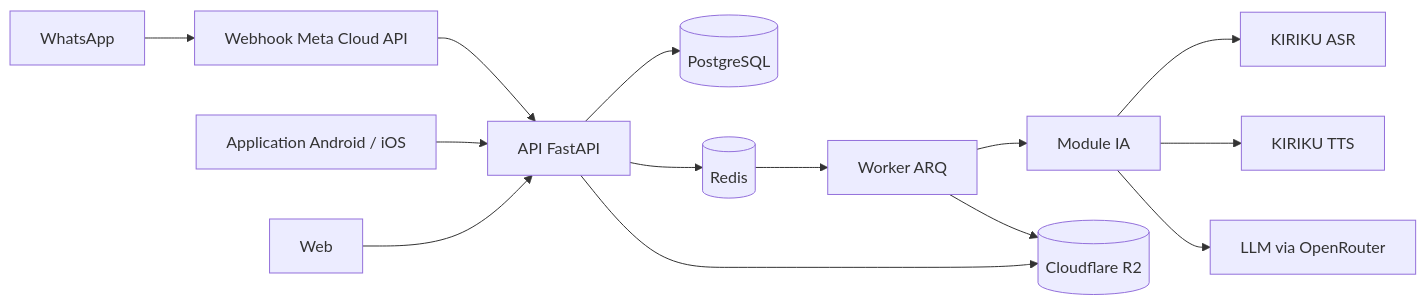
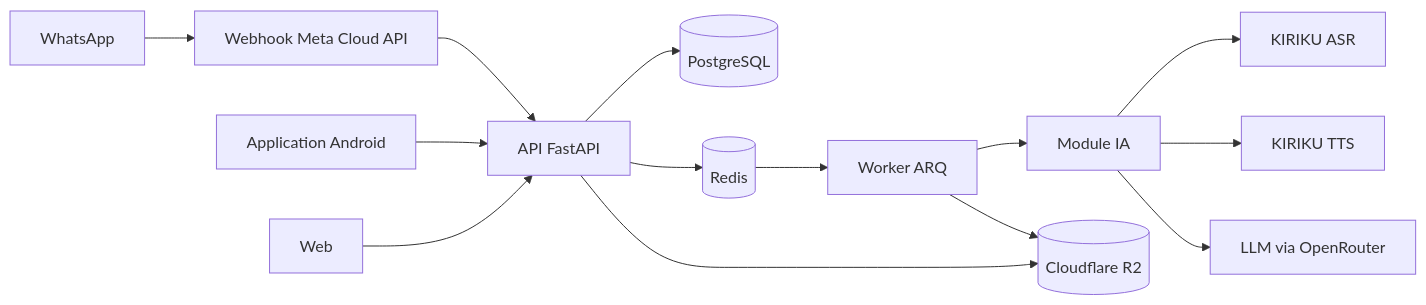
One commit to bachMo/new_leeral changed the diagram in README.md. Above: the diagram before and after it, drawn with Mermaid. The commit also changed other lines of this file and 5 other files, not shown here.

````diff
--- a/README.md
+++ b/README.md
@@ -43,16 +46,16 @@
 ```mermaid
 flowchart LR
     U1[WhatsApp] --> W[Webhook Meta Cloud API]
-    U2[Application Android / iOS] --> A
+    U2[Application Android] --> A
     U3[Web] --> A
     W --> A[API FastAPI]
     A --> DB[(PostgreSQL)]
     A --> Q[(Redis)]
     Q --> K[Worker ARQ]
     K --> AI[Module IA]
     AI --> ASR[KIRIKU ASR]
     AI --> TTS[KIRIKU TTS]
     AI --> LLM[LLM via OpenRouter]
     A --> R2[(Cloudflare R2)]
     K --> R2
 ```
````
